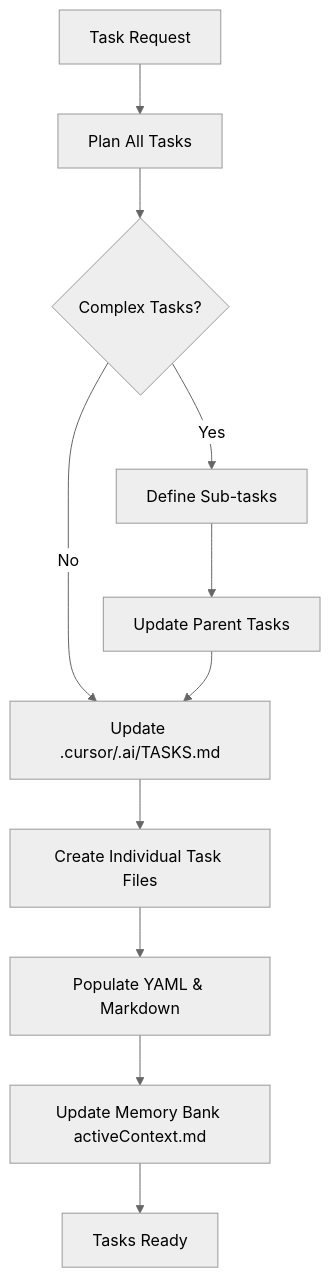
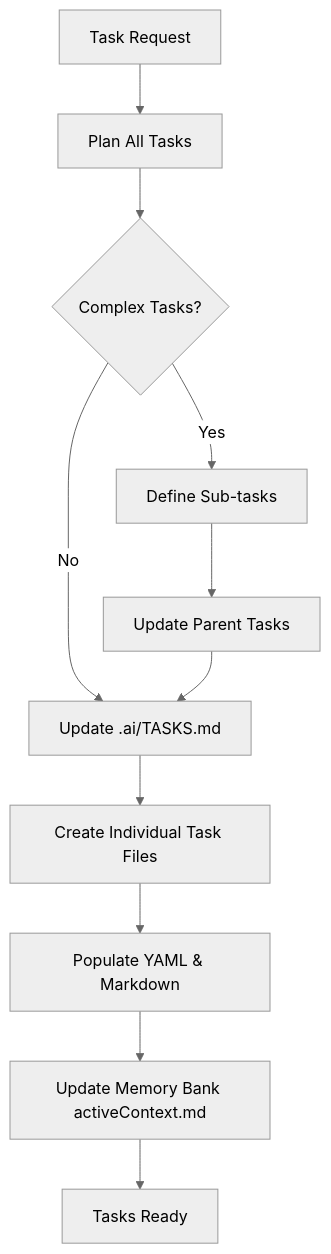
The eighth of 18 diagrams in .cursor/rules/unified-workflow.md (louisfghbvc/coverity-agent), drawn with Mermaid (neutral theme) before and after one commit. The commit also changed other lines of this file and 5 other files, not shown here.

````diff
--- a/.cursor/rules/unified-workflow.md
+++ b/.cursor/rules/unified-workflow.md
@@ -276,16 +276,16 @@
 ```mermaid
 flowchart TD
     TaskReq[Task Request] --> PlanTasks[Plan All Tasks]
     PlanTasks --> Expansion{Complex Tasks?}
     
     Expansion -->|Yes| SubTasks[Define Sub-tasks]
-    Expansion -->|No| UpdateMaster[Update .cursor/.ai/TASKS.md]
+    Expansion -->|No| UpdateMaster[Update .ai/TASKS.md]
     
     SubTasks --> ParentTasks[Update Parent Tasks]
     ParentTasks --> UpdateMaster
     
     UpdateMaster --> CreateFiles[Create Individual Task Files]
     CreateFiles --> PopulateYAML[Populate YAML & Markdown]
     PopulateYAML --> SyncMB[Update Memory Bank activeContext.md]
     SyncMB --> Ready[Tasks Ready]
 ```
````
